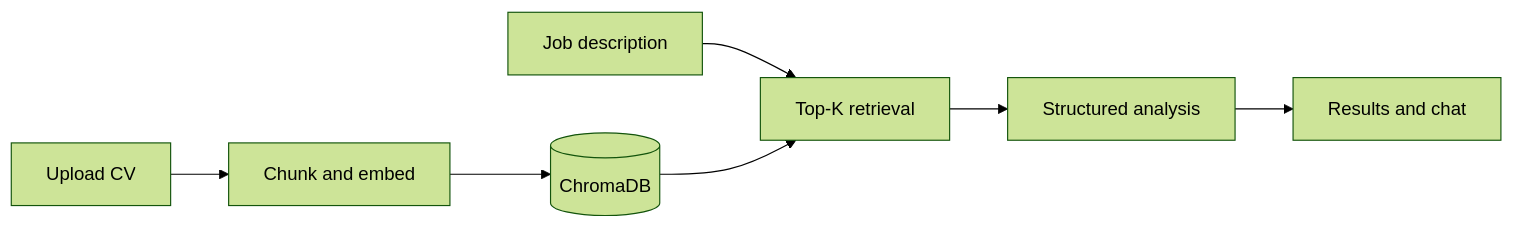
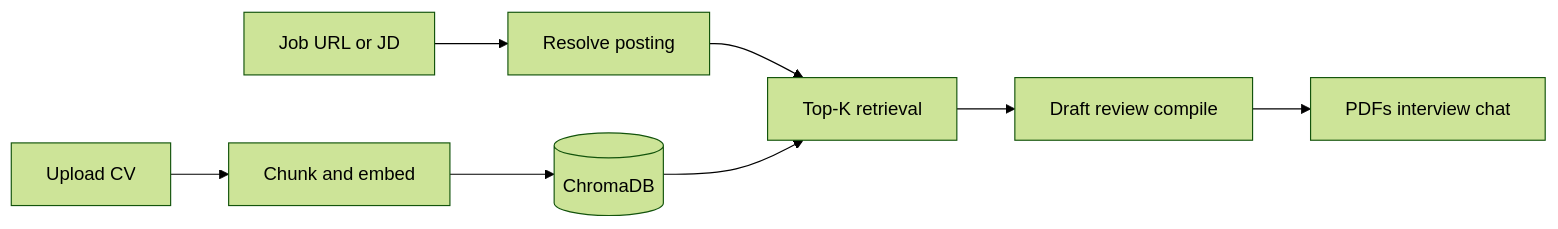
Before and after one commit to Ryziou/MatchMind: the diagram in README.md, drawn with Mermaid (forest theme). The commit also changed other lines of this file and 45 other files, not shown here.

Commit message:
Revamped dashboard, results into a more defined flow

````diff
--- a/README.md
+++ b/README.md
@@ -36,9 +42,10 @@
 ```mermaid
 flowchart LR
   Upload[Upload CV] --> Store[Chunk and embed]
   Store --> Chroma[(ChromaDB)]
-  JD[Job description] --> Retrieve[Top-K retrieval]
+  Job[Job URL or JD] --> Resolve[Resolve posting]
+  Resolve --> Retrieve[Top-K retrieval]
   Chroma --> Retrieve
-  Retrieve --> Analyze[Structured analysis]
-  Analyze --> Results[Results and chat]
+  Retrieve --> Apply[Draft review compile]
+  Apply --> Package[PDFs interview chat]
 ```
````
